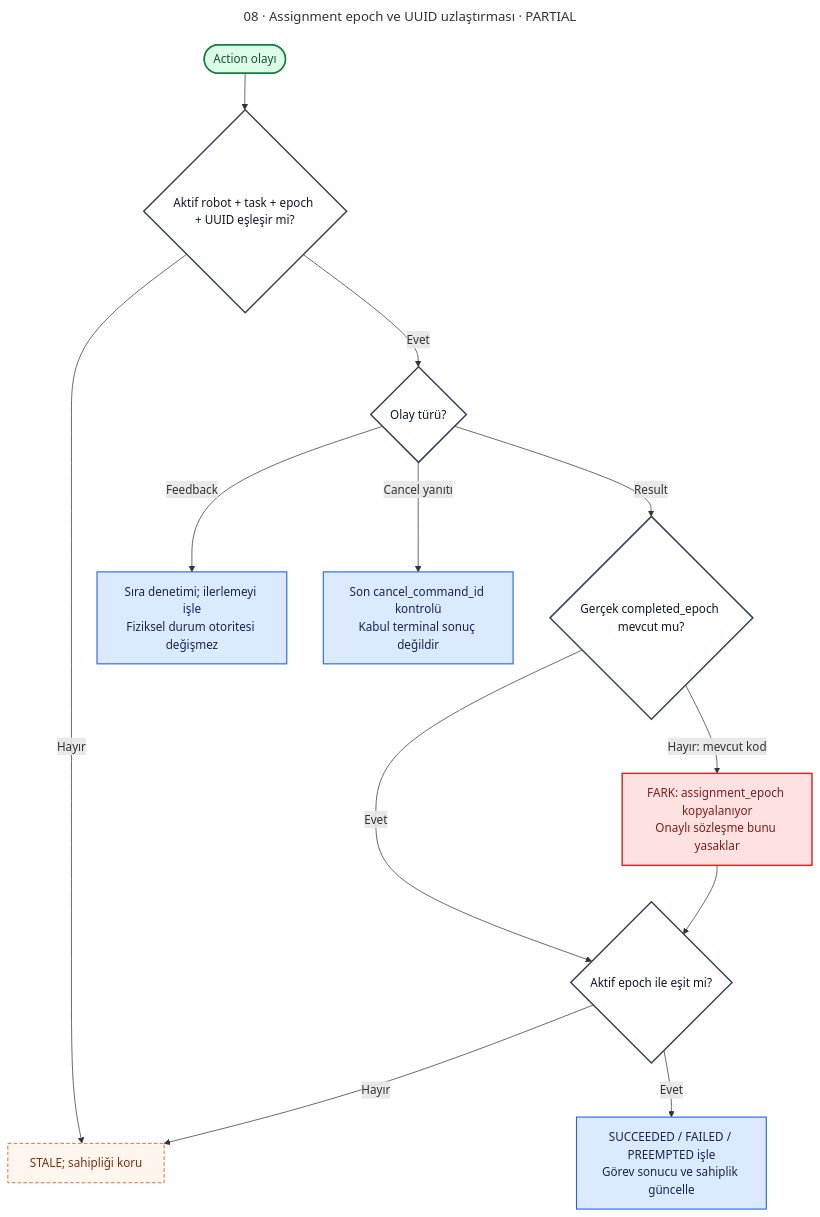
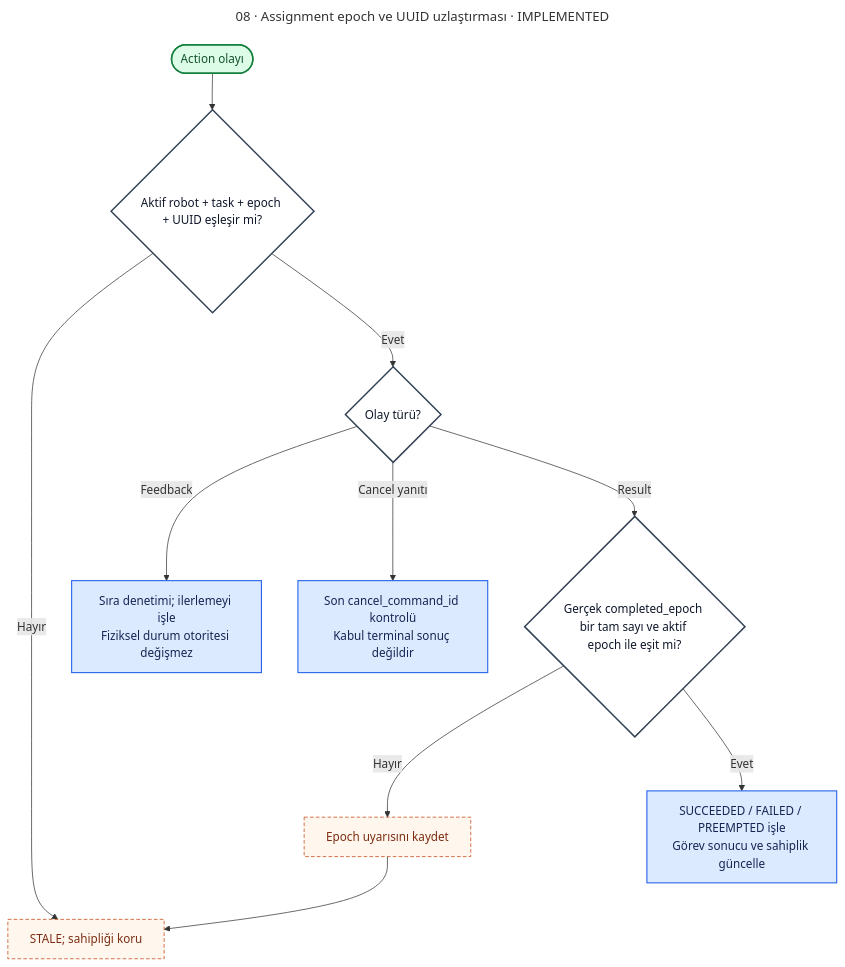
One commit to m-gnr/ros2-fleet-manager changed the eighth of 18 diagrams in docs/diagrams/README.md. Above: the diagram before and after it, drawn with Mermaid. The commit also changed other lines of this file and 11 other files, not shown here.

Commit message:
fix(fleet-manager): enforce completed_epoch validation for terminal results

````diff
--- a/docs/diagrams/README.md
+++ b/docs/diagrams/README.md
@@ -474,28 +474,25 @@
 ```mermaid
 ---
-title: "08 · Assignment epoch ve UUID uzlaştırması · PARTIAL"
+title: "08 · Assignment epoch ve UUID uzlaştırması · IMPLEMENTED"
 ---
 flowchart TD
  A(["Action olayı"]):::terminal --> M{"Aktif robot + task + epoch + UUID eşleşir mi?"}:::decision
  M -->|"Hayır"| ST["STALE; sahipliği koru"]:::wait
  M -->|"Evet"| K{"Olay türü?"}:::decision
  K -->|"Feedback"| F["Sıra denetimi; ilerlemeyi işle<br/>Fiziksel durum otoritesi değişmez"]:::fm
  K -->|"Cancel yanıtı"| C["Son cancel_command_id kontrolü<br/>Kabul terminal sonuç değildir"]:::fm
- K -->|"Result"| CE{"Gerçek completed_epoch mevcut mu?"}:::decision
- CE -->|"Evet"| EQ{"Aktif epoch ile eşit mi?"}:::decision
- CE -->|"Hayır: mevcut kod"| GAP["FARK: assignment_epoch kopyalanıyor<br/>Onaylı sözleşme bunu yasaklar"]:::error
- GAP --> EQ
- EQ -->|"Hayır"| ST
- EQ -->|"Evet"| TERM["SUCCEEDED / FAILED / PREEMPTED işle<br/>Görev sonucu ve sahiplik güncelle"]:::fm
+ K -->|"Result"| CE{"Gerçek completed_epoch bir tam sayı ve aktif epoch ile eşit mi?"}:::decision
+ CE -->|"Hayır"| LOG["Epoch uyarısını kaydet"]:::wait --> ST
+ CE -->|"Evet"| TERM["SUCCEEDED / FAILED / PREEMPTED işle<br/>Görev sonucu ve sahiplik güncelle"]:::fm
 
  classDef fm fill:#dbeafe,stroke:#2563eb,color:#172554,stroke-width:1.5px;
  classDef executor fill:#ede9fe,stroke:#7c3aed,color:#2e1065,stroke-width:1.5px;
  classDef nav fill:#ccfbf1,stroke:#0f766e,color:#134e4a,stroke-width:1.5px;
  classDef battery fill:#fef3c7,stroke:#d97706,color:#78350f,stroke-width:1.5px;
  classDef db fill:#e2e8f0,stroke:#475569,color:#0f172a,stroke-width:1.5px;
  classDef ui fill:#fce7f3,stroke:#be185d,color:#831843,stroke-width:1.5px;
  classDef decision fill:#fff,stroke:#334155,color:#0f172a,stroke-width:2px;
  classDef error fill:#fee2e2,stroke:#dc2626,color:#7f1d1d,stroke-width:2px;
  classDef wait fill:#fff7ed,stroke:#c2410c,color:#7c2d12,stroke-dasharray:5 3;
  classDef terminal fill:#dcfce7,stroke:#15803d,color:#14532d,stroke-width:2px;
 ```
````
